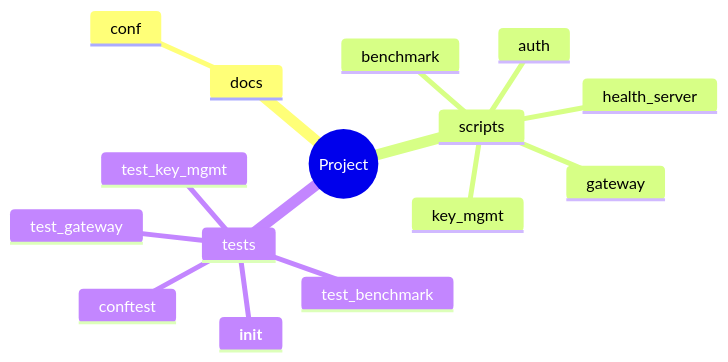
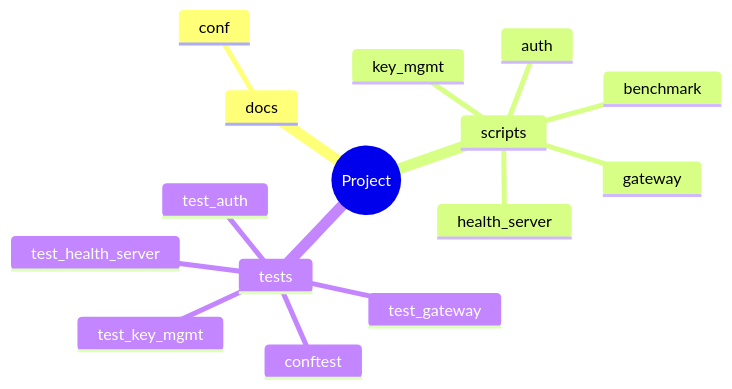
Before and after one commit to zepfu/llama-gguf-inference: the fifth of 8 diagrams in docs/auto/ARCHITECTURE_AUTO.md, drawn with Mermaid. The commit also changed other lines of this file and 2 other files, not shown here.

````diff
--- a/docs/auto/ARCHITECTURE_AUTO.md
+++ b/docs/auto/ARCHITECTURE_AUTO.md
@@ -179,18 +178,18 @@
 ```mermaid
 mindmap
   root((Project))
     docs
       conf
     scripts
+      gateway
+      auth
       benchmark
-      auth
+      key_mgmt
       health_server
-      key_mgmt
-      gateway
     tests
+      test_auth
       test_gateway
-      __init__
+      test_health_server
       conftest
       test_key_mgmt
-      test_benchmark
 ```
````
